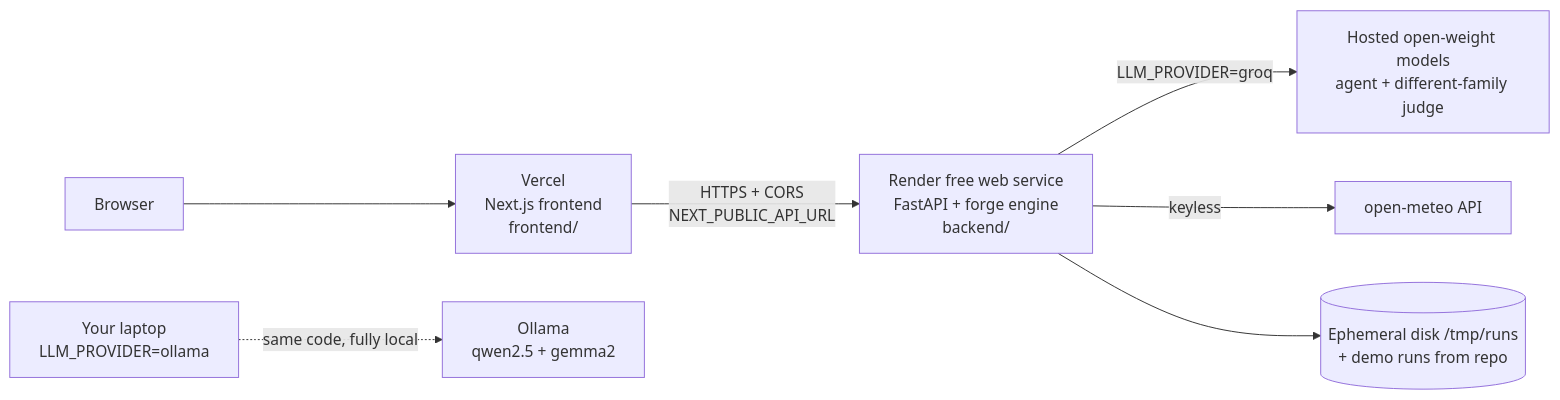
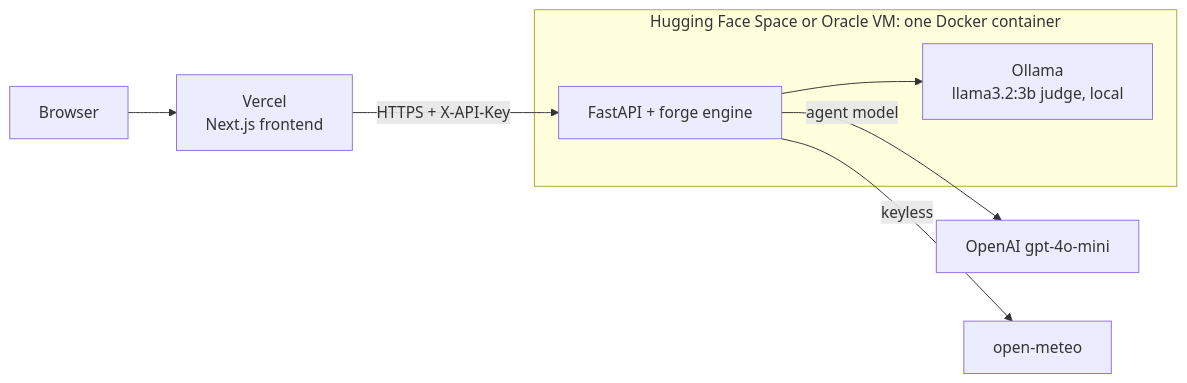
The diagram in DEPLOY.md (AyushSingh2024/ForgeAI), drawn with Mermaid before and after one commit. The commit also changed other lines of this file and 10 other files, not shown here.

First line of the commit message:
Free deployment: one Docker image (API + local Ollama judge) and step-by-step guide

````diff
--- a/DEPLOY.md
+++ b/DEPLOY.md
@@ -7,9 +7,10 @@
 ```mermaid
 flowchart LR
-    U[Browser] --> V[Vercel<br/>Next.js frontend<br/>frontend/]
-    V -->|HTTPS + CORS<br/>NEXT_PUBLIC_API_URL| R[Render free web service<br/>FastAPI + forge engine<br/>backend/]
-    R -->|LLM_PROVIDER=groq| G[Hosted open-weight models<br/>agent + different-family judge]
-    R -->|keyless| M[open-meteo API]
-    R --> D[(Ephemeral disk /tmp/runs<br/>+ demo runs from repo)]
-    L[Your laptop<br/>LLM_PROVIDER=ollama] -.->|same code, fully local| O[Ollama<br/>qwen2.5 + gemma2]
+    U[Browser] --> V[Vercel<br/>Next.js frontend]
+    V -->|HTTPS + X-API-Key| A
+    subgraph S ["Hugging Face Space or Oracle VM: one Docker container"]
+      A[FastAPI + forge engine] --> O[Ollama<br/>llama3.2:3b judge, local]
+    end
+    A -->|agent model| P[OpenAI gpt-4o-mini]
+    A -->|keyless| M[open-meteo]
 ```
````
